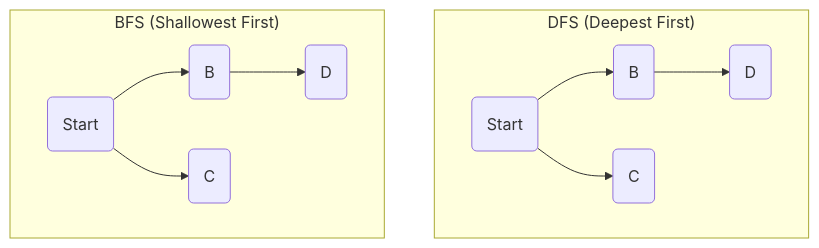
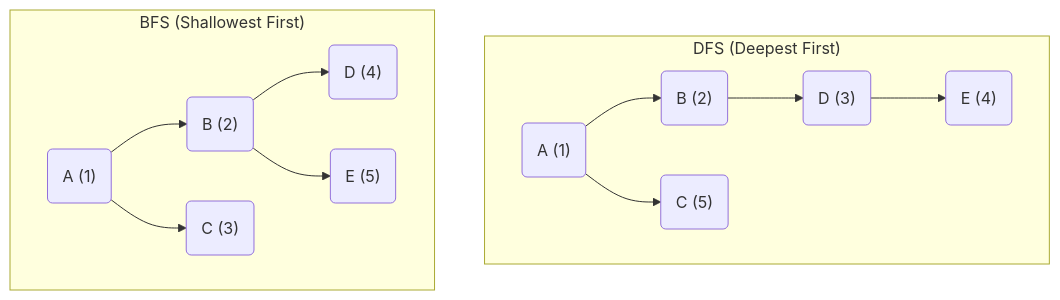
The first of 4 diagrams in _posts/2025-08-08-ai-search-algorithms-a-z.md (eltay89/eltay89.github.io), drawn with Mermaid before and after one commit. The commit also changed other lines of this file, not shown here.

````diff
--- a/_posts/2025-08-08-ai-search-algorithms-a-z.md
+++ b/_posts/2025-08-08-ai-search-algorithms-a-z.md
@@ -84,12 +84,14 @@
 ```mermaid
 graph TD
     subgraph "DFS (Deepest First)"
-        A1("Start") --> B2("B") --> D3("D");
-        A1 --> C4("C");
+        A1("A (1)") --> B2("B (2)") --> D3("D (3)") --> E4("E (4)");
+        A1 --> C5("C (5)");
     end
+
     subgraph "BFS (Shallowest First)"
-        A1b("Start") --> B2b("B");
-        A1b --> C3b("C");
-        B2b --> D4b("D");
+        A1b("A (1)") --> B2b("B (2)");
+        A1b --> C3b("C (3)");
+        B2b --> D4b("D (4)");
+        B2b --> E5b("E (5)");
     end
 ```
````
